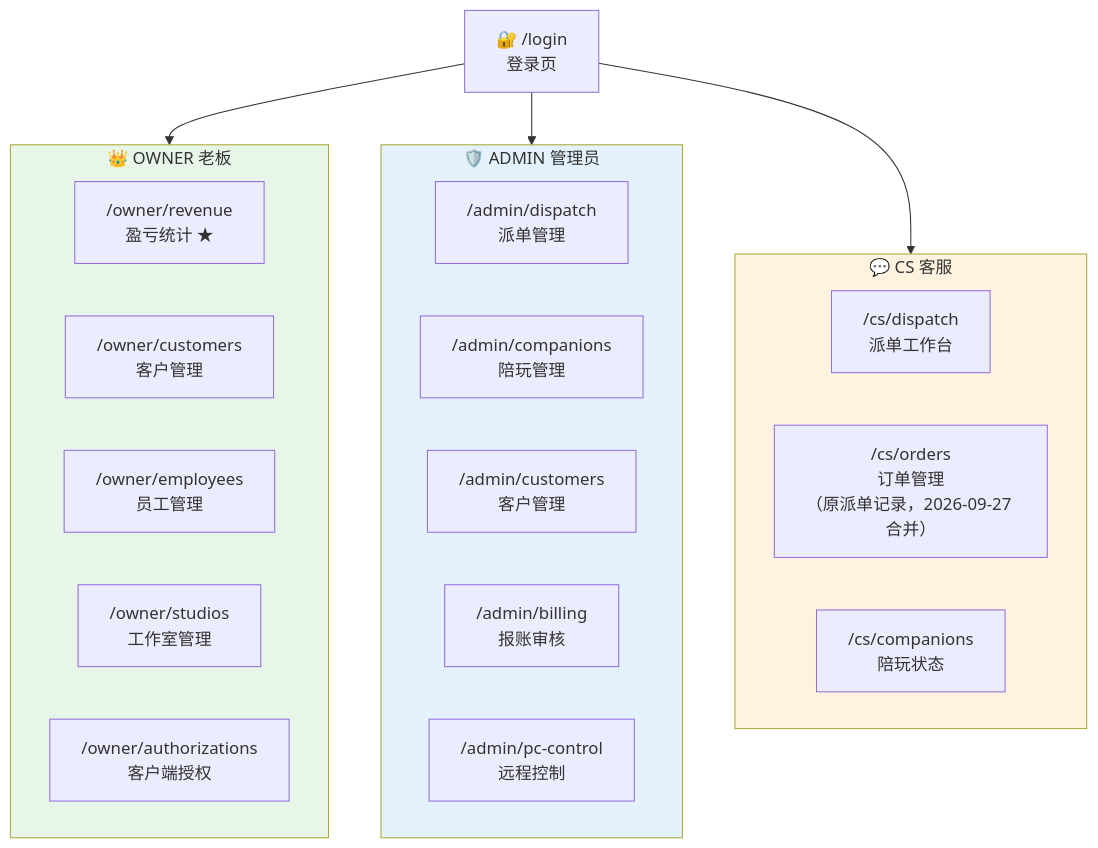
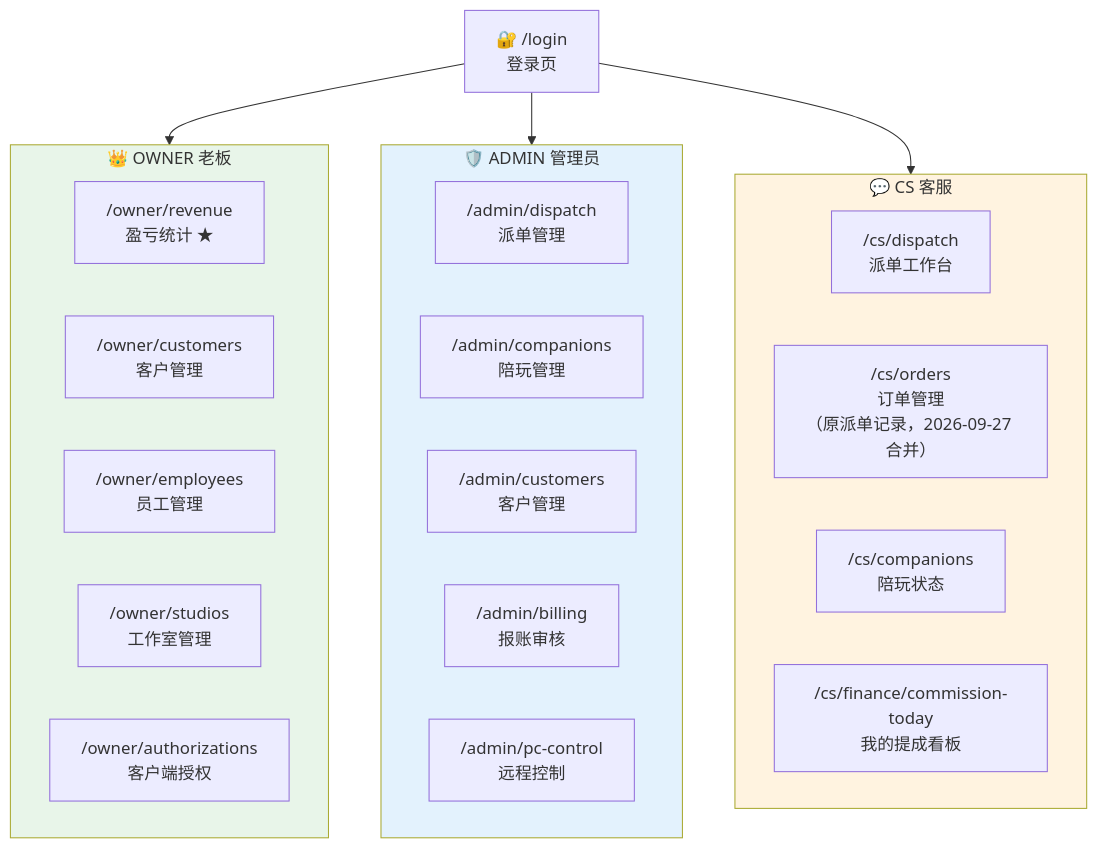
The seventh of 12 diagrams in docs/ARCHITECTURE.md (opsvr-ai/game-workspace), drawn with Mermaid before and after one commit. The commit also changed other lines of this file and 3 other files, not shown here.

````diff
--- a/docs/ARCHITECTURE.md
+++ b/docs/ARCHITECTURE.md
@@ -262,34 +265,35 @@
 ```mermaid
 graph TB
     LOGIN["🔐 /login<br/>登录页"]
 
     LOGIN --> OWNER
     LOGIN --> ADMIN
     LOGIN --> CS
 
     subgraph OWNER["👑 OWNER 老板"]
         O1["/owner/revenue<br/>盈亏统计 ★"]
         O2["/owner/customers<br/>客户管理"]
         O3["/owner/employees<br/>员工管理"]
         O4["/owner/studios<br/>工作室管理"]
         O5["/owner/authorizations<br/>客户端授权"]
     end
 
     subgraph ADMIN["🛡️ ADMIN 管理员"]
         A1["/admin/dispatch<br/>派单管理"]
         A2["/admin/companions<br/>陪玩管理"]
         A3["/admin/customers<br/>客户管理"]
         A4["/admin/billing<br/>报账审核"]
         A5["/admin/pc-control<br/>远程控制"]
     end
 
     subgraph CS["💬 CS 客服"]
         C1["/cs/dispatch<br/>派单工作台"]
         C2["/cs/orders<br/>订单管理<br/>（原派单记录，2026-09-27 合并）"]
         C3["/cs/companions<br/>陪玩状态"]
+        C4["/cs/finance/commission-today<br/>我的提成看板"]
     end
 
     style OWNER fill:#e8f5e9
     style ADMIN fill:#e3f2fd
     style CS fill:#fff3e0
 ```
````
